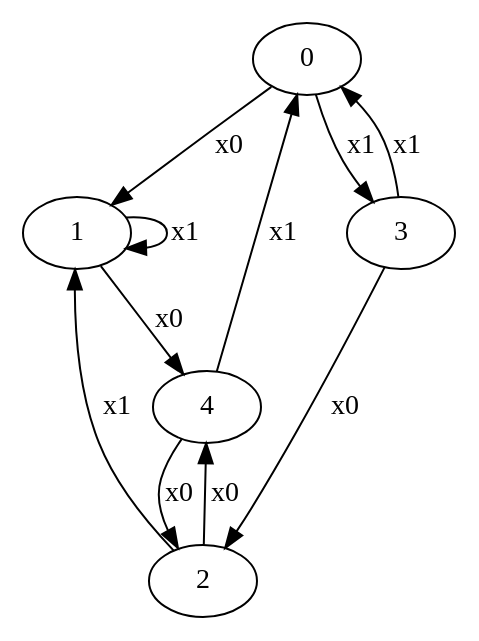
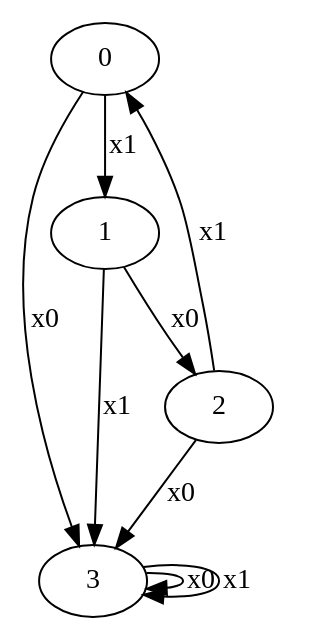
The diagram in minimiz/graph.dot (waslost0/tafl), drawn with Graphviz before and after one commit. The commit also changed 7 other files, not shown here.

Commit message:
delete draw graph

```diff
--- a/minimiz/graph.dot
+++ b/minimiz/graph.dot
@@ -1,12 +1,10 @@
 digraph {
-	0 -> 1[label=x0];
-	0 -> 3[label=x1];
-	1 -> 4[label=x0];
-	1 -> 1[label=x1];
-	2 -> 4[label=x0];
-	2 -> 1[label=x1];
-	3 -> 2[label=x0];
-	3 -> 0[label=x1];
-	4 -> 2[label=x0];
-	4 -> 0[label=x1];
+	0 -> 3[label=x0];
+	0 -> 1[label=x1];
+	1 -> 2[label=x0];
+	1 -> 3[label=x1];
+	2 -> 3[label=x0];
+	2 -> 0[label=x1];
+	3 -> 3[label=x0];
+	3 -> 3[label=x1];
 }
```
